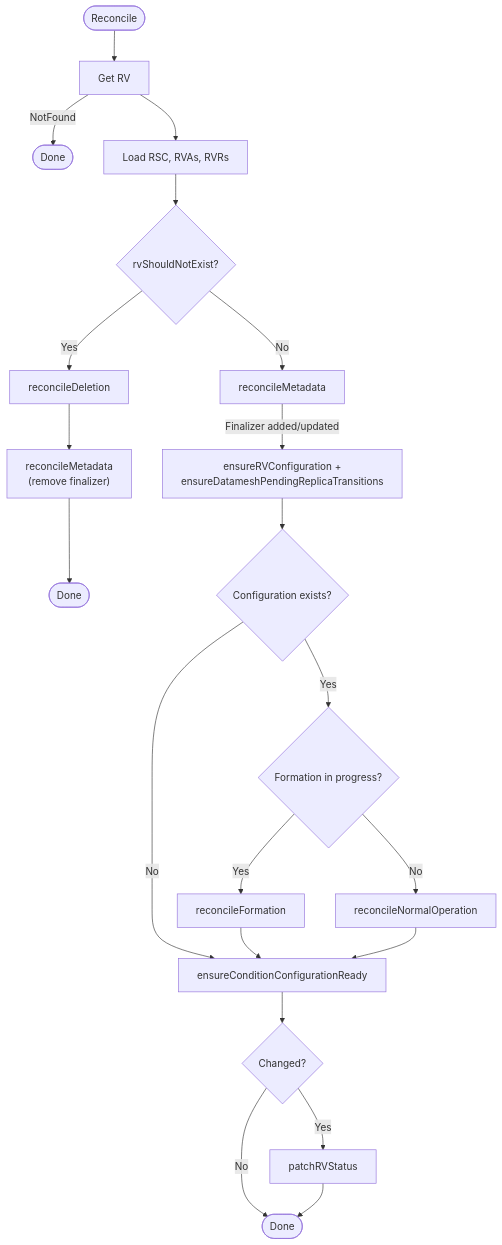
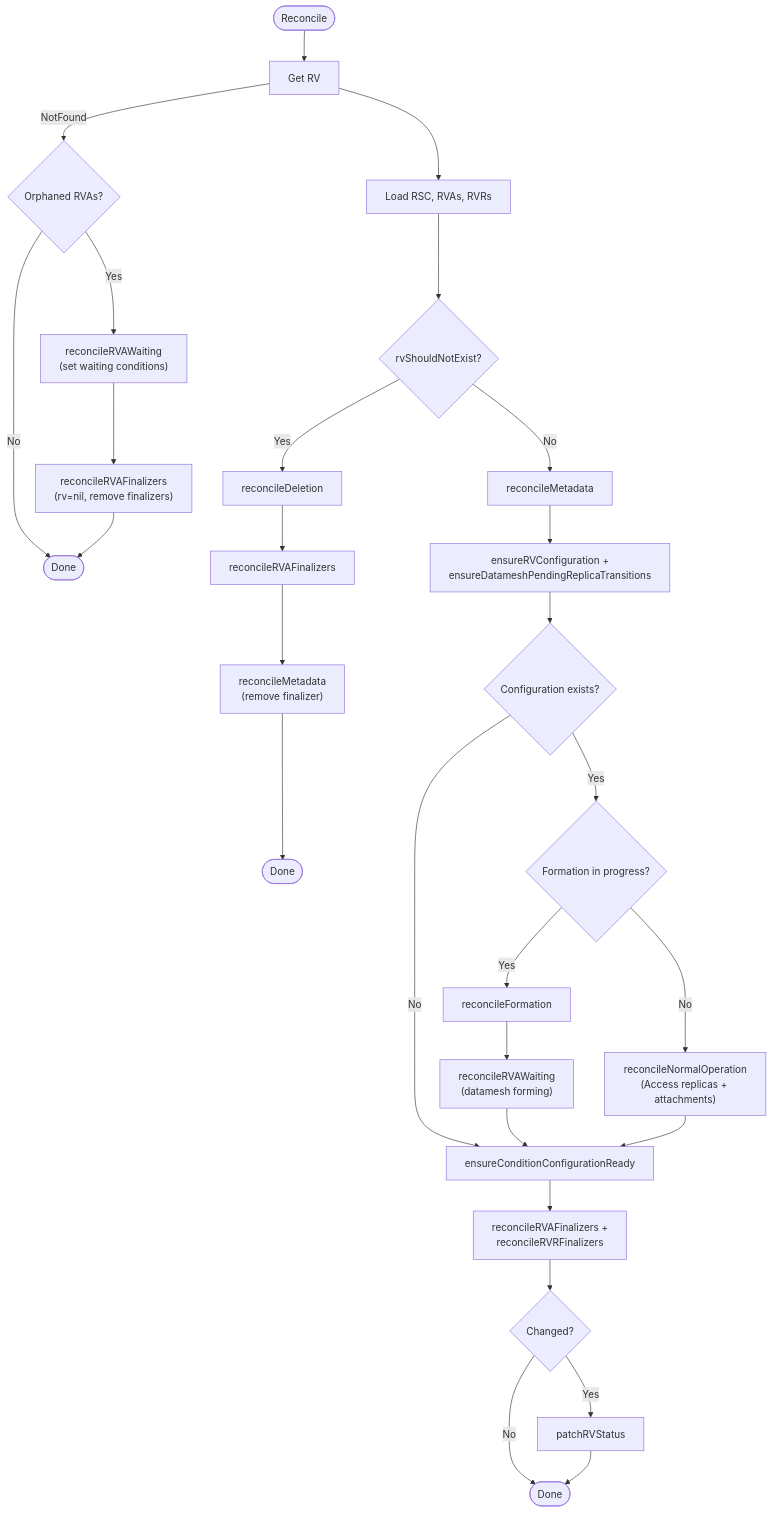
Before and after one commit to deckhouse/sds-replicated-volume: the first of 13 diagrams in images/controller/internal/controllers/rv_controller/README.md, drawn with Mermaid. The commit also changed other lines of this file and 79 other files, not shown here.

First line of the commit message:
[controller] Implement RVA attach/detach and Access replica lifecycle

````diff
--- a/images/controller/internal/controllers/rv_controller/README.md
+++ b/images/controller/internal/controllers/rv_controller/README.md
@@ -93,29 +143,35 @@
 ```mermaid
 flowchart TD
     Start([Reconcile]) --> GetRV[Get RV]
-    GetRV -->|NotFound| Done1([Done])
+    GetRV -->|NotFound| CheckOrphanedRVAs{Orphaned RVAs?}
+    CheckOrphanedRVAs -->|No| Done1([Done])
+    CheckOrphanedRVAs -->|Yes| OrphanedWaiting["reconcileRVAWaiting<br/>(set waiting conditions)"]
+    OrphanedWaiting --> OrphanedFinalizers["reconcileRVAFinalizers<br/>(rv=nil, remove finalizers)"]
+    OrphanedFinalizers --> Done1
     GetRV --> LoadDeps[Load RSC, RVAs, RVRs]
 
     LoadDeps --> CheckDelete{rvShouldNotExist?}
     CheckDelete -->|Yes| Deletion[reconcileDeletion]
-    Deletion --> MetaDel["reconcileMetadata<br/>(remove finalizer)"]
+    Deletion --> RVAFinDel[reconcileRVAFinalizers]
+    RVAFinDel --> MetaDel["reconcileMetadata<br/>(remove finalizer)"]
     MetaDel --> Done3([Done])
 
     CheckDelete -->|No| Meta[reconcileMetadata]
-    Meta -->|"Finalizer added/updated"| EnsureConfig[ensureRVConfiguration +<br/>ensureDatameshPendingReplicaTransitions]
+    Meta --> EnsureConfig["ensureRVConfiguration +<br/>ensureDatameshPendingReplicaTransitions"]
     EnsureConfig --> CheckConfig{Configuration exists?}
     CheckConfig -->|No| Conditions
 
     CheckConfig -->|Yes| CheckForming{Formation in progress?}
     CheckForming -->|Yes| Formation[reconcileFormation]
-    CheckForming -->|No| NormalOp[reconcileNormalOperation]
-
-    Formation --> Conditions
+    Formation --> FormingRVAWaiting["reconcileRVAWaiting<br/>(datamesh forming)"]
+    FormingRVAWaiting --> Conditions
+    CheckForming -->|No| NormalOp["reconcileNormalOperation<br/>(Access replicas + attachments)"]
     NormalOp --> Conditions
 
     Conditions[ensureConditionConfigurationReady]
-    Conditions --> PatchDecision{Changed?}
+    Conditions --> Finalizers["reconcileRVAFinalizers +<br/>reconcileRVRFinalizers"]
+    Finalizers --> PatchDecision{Changed?}
     PatchDecision -->|Yes| Patch[patchRVStatus]
     PatchDecision -->|No| EndNode([Done])
     Patch --> EndNode
 ```
````
